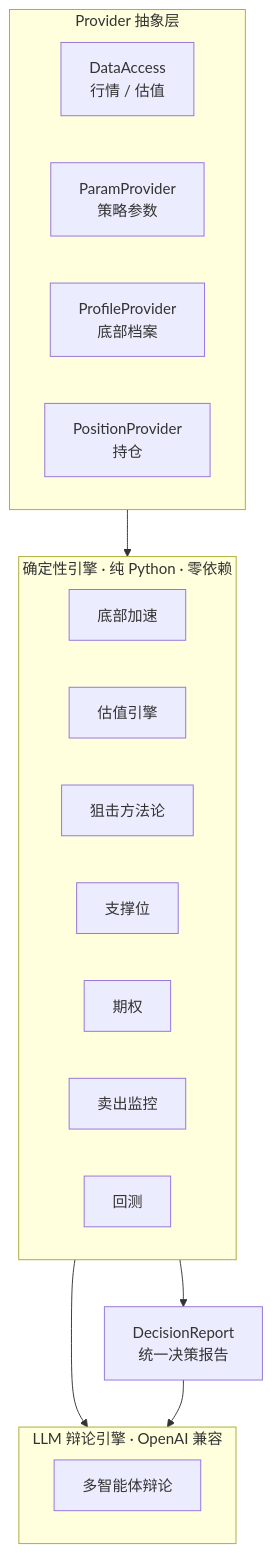
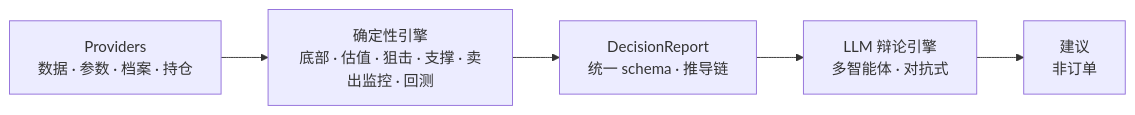
The first of 2 diagrams in README.zh.md (edge2012/GrinderAlpha), drawn with Mermaid before and after one commit. The commit also changed other lines of this file and 1 other file, not shown here.

First line of the commit message:
docs: README 三处重构 — 核心模块改生命周期表 / 架构图压缩为 5 节点 LR / Key 配置以 OpenAI 兼容为主

````diff
--- a/README.zh.md
+++ b/README.zh.md
@@ -26,31 +28,7 @@
 ```mermaid
-flowchart TB
-    subgraph P["Provider 抽象层"]
-        direction LR
-        DA[DataAccess<br/>行情 / 估值]
-        PP[ParamProvider<br/>策略参数]
-        PR[ProfileProvider<br/>底部档案]
-        PO[PositionProvider<br/>持仓]
-    end
-
-    subgraph E["确定性引擎 · 纯 Python · 零依赖"]
-        direction LR
-        BA[底部加速]
-        VE[估值引擎]
-        SN[狙击方法论]
-        SL[支撑位]
-        OP[期权]
-        SM[卖出监控]
-        BT[回测]
-    end
-
-    DR[DecisionReport<br/>统一决策报告]
-
-    subgraph D["LLM 辩论引擎 · OpenAI 兼容"]
-        DE[多智能体辩论]
-    end
-
-    P --> E --> DR
-    E --> D
-    DR --> D
+flowchart LR
+    P["Providers<br/>数据 · 参数 · 档案 · 持仓"] --> E["确定性引擎<br/>底部 · 估值 · 狙击 · 支撑 · 卖出监控 · 回测"]
+    E --> R["DecisionReport<br/>统一 schema · 推导链"]
+    R --> D["LLM 辩论引擎<br/>多智能体 · 对抗式"]
+    D --> O["建议<br/>非订单"]
 ```
````
